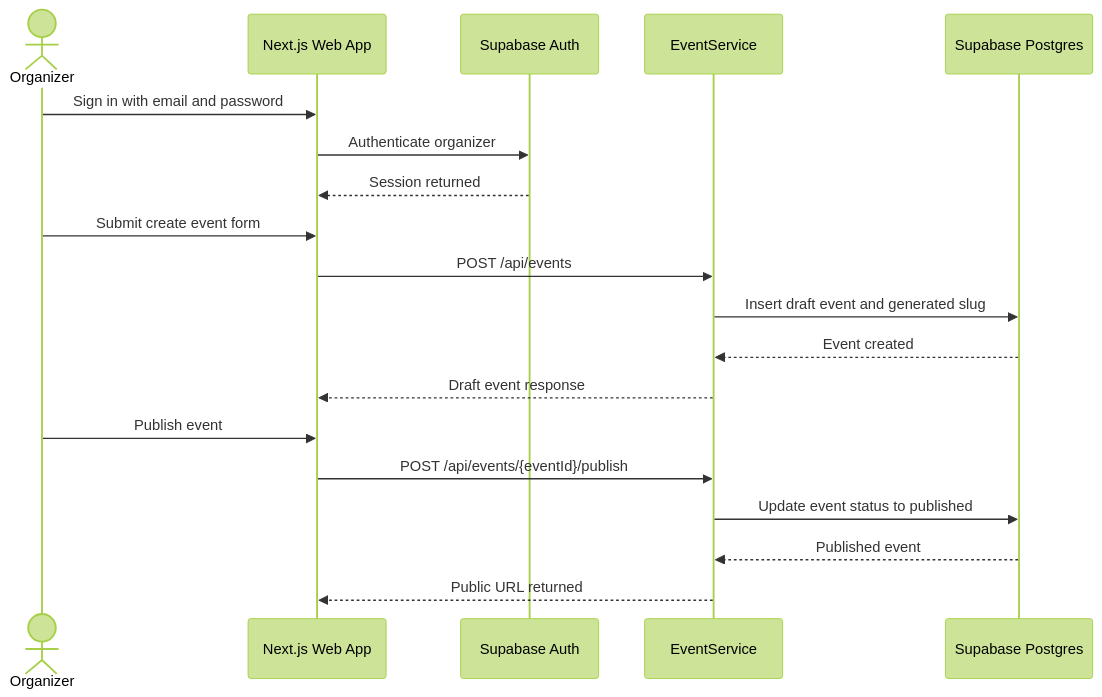
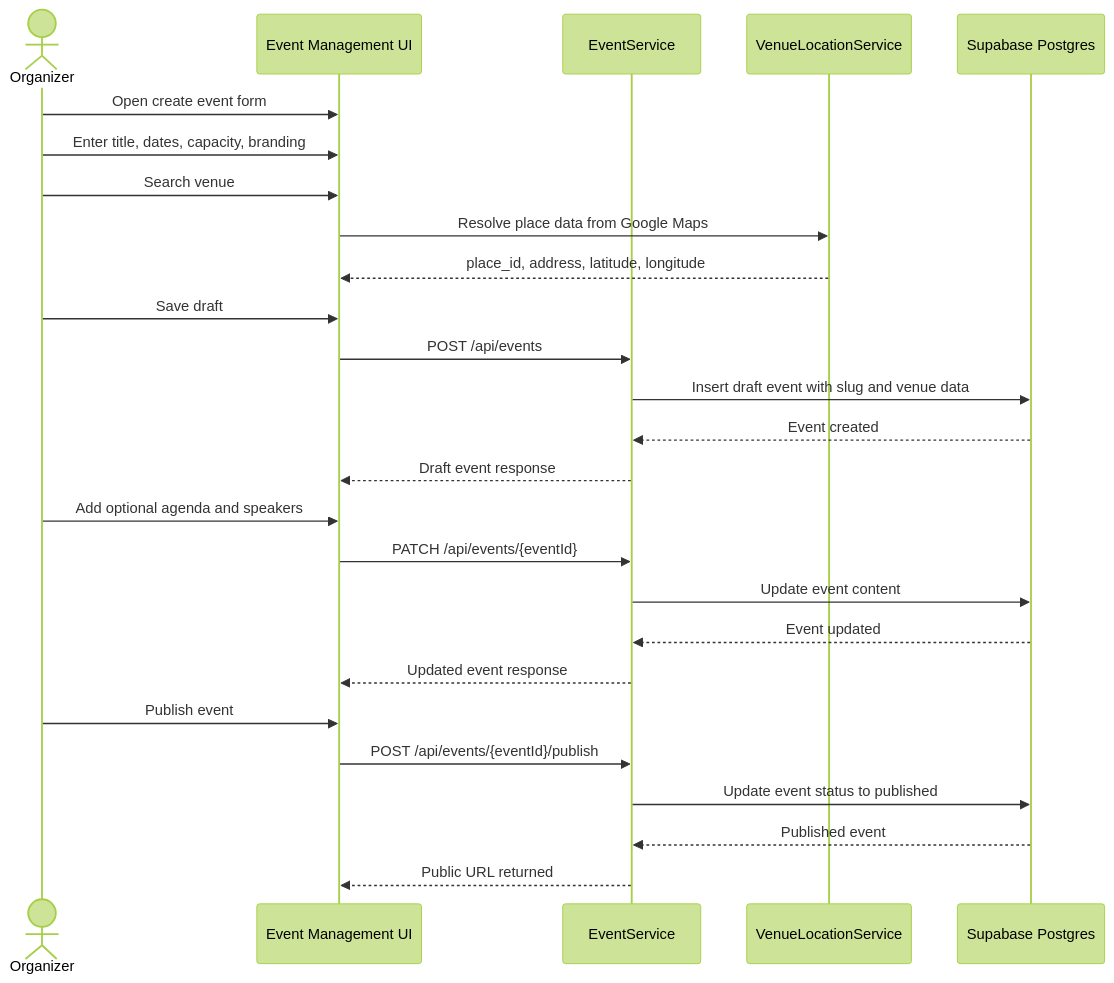
One commit to TariqRash/RiziEvents changed the fifth of 7 diagrams in docs/technical-documentation.md. Above: the diagram before and after it, drawn with Mermaid (forest theme). The commit also changed other lines of this file and 5 other files, not shown here.

Commit message:
Add combined diagrams page and complete sequence coverage

````diff
--- a/docs/technical-documentation.md
+++ b/docs/technical-documentation.md
@@ -404,22 +439,29 @@
 ```mermaid
 sequenceDiagram
     actor Organizer
-    participant UI as Next.js Web App
-    participant Auth as Supabase Auth
+    participant UI as Event Management UI
     participant API as EventService
+    participant Maps as VenueLocationService
     participant DB as Supabase Postgres
 
-    Organizer->>UI: Sign in with email and password
-    UI->>Auth: Authenticate organizer
-    Auth-->>UI: Session returned
-    Organizer->>UI: Submit create event form
+    Organizer->>UI: Open create event form
+    Organizer->>UI: Enter title, dates, capacity, branding
+    Organizer->>UI: Search venue
+    UI->>Maps: Resolve place data from Google Maps
+    Maps-->>UI: place_id, address, latitude, longitude
+    Organizer->>UI: Save draft
     UI->>API: POST /api/events
-    API->>DB: Insert draft event and generated slug
+    API->>DB: Insert draft event with slug and venue data
     DB-->>API: Event created
     API-->>UI: Draft event response
+    Organizer->>UI: Add optional agenda and speakers
+    UI->>API: PATCH /api/events/{eventId}
+    API->>DB: Update event content
+    DB-->>API: Event updated
+    API-->>UI: Updated event response
     Organizer->>UI: Publish event
     UI->>API: POST /api/events/{eventId}/publish
     API->>DB: Update event status to published
     DB-->>API: Published event
     API-->>UI: Public URL returned
 ```
````
